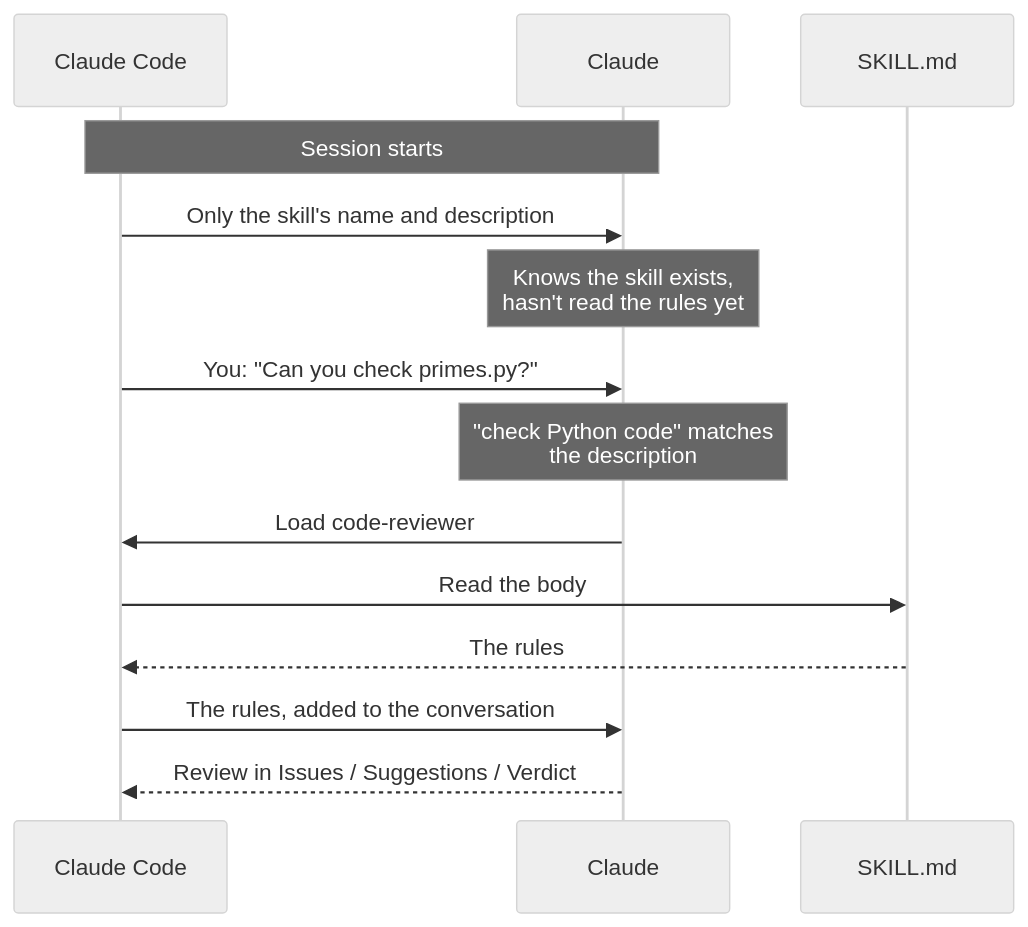
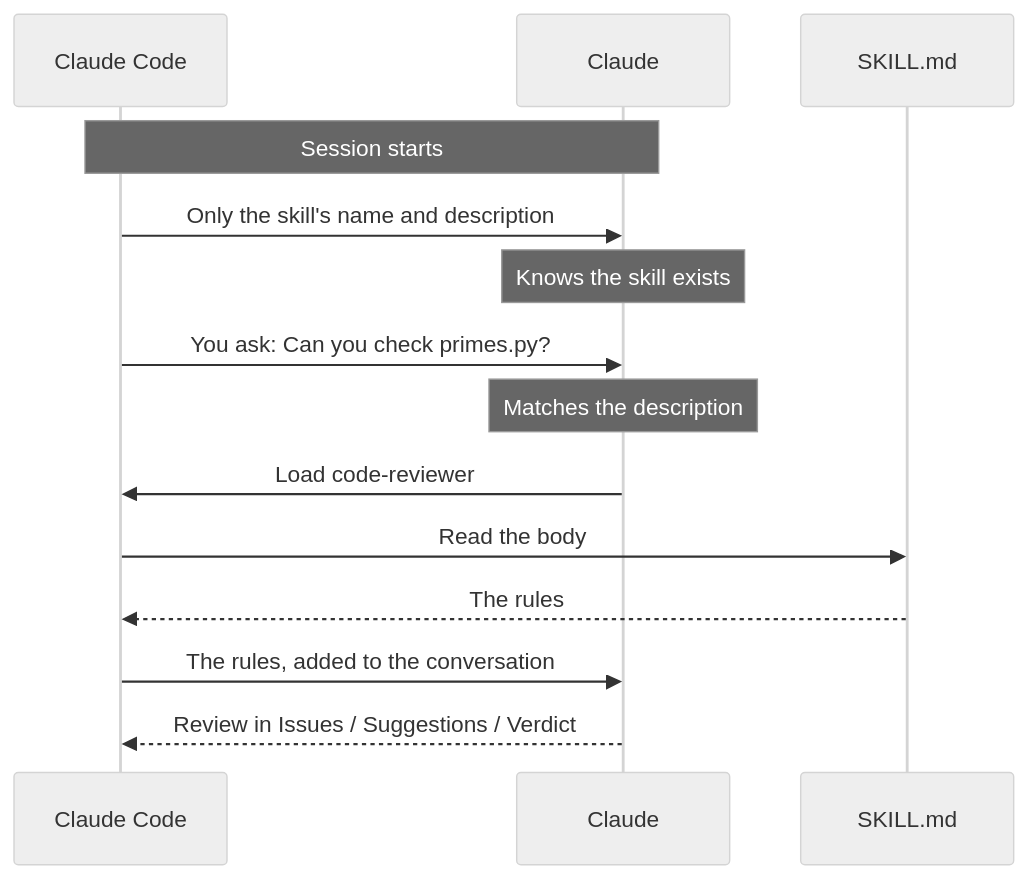
One commit to iportilla/agents changed the fourth of 10 diagrams in docs/INTRO-TO-AGENTS.md. Above: the diagram before and after it, drawn with Mermaid (neutral theme). The commit also changed other lines of this file, not shown here.

First line of the commit message:
Make the intro guide's diagrams readable in Typora

````diff
--- a/docs/INTRO-TO-AGENTS.md
+++ b/docs/INTRO-TO-AGENTS.md
@@ -152,17 +151,17 @@
 ```mermaid
 sequenceDiagram
     participant CC as Claude Code
     participant M as Claude
     participant S as SKILL.md
 
     Note over CC,M: Session starts
     CC->>M: Only the skill's name and description
-    Note over M: Knows the skill exists,<br/>hasn't read the rules yet
-    CC->>M: You: "Can you check primes.py?"
-    Note over M: "check Python code" matches<br/>the description
+    Note over M: Knows the skill exists
+    CC->>M: You ask: Can you check primes.py?
+    Note over M: Matches the description
     M->>CC: Load code-reviewer
     CC->>S: Read the body
     S-->>CC: The rules
     CC->>M: The rules, added to the conversation
     M-->>CC: Review in Issues / Suggestions / Verdict
 ```
````
